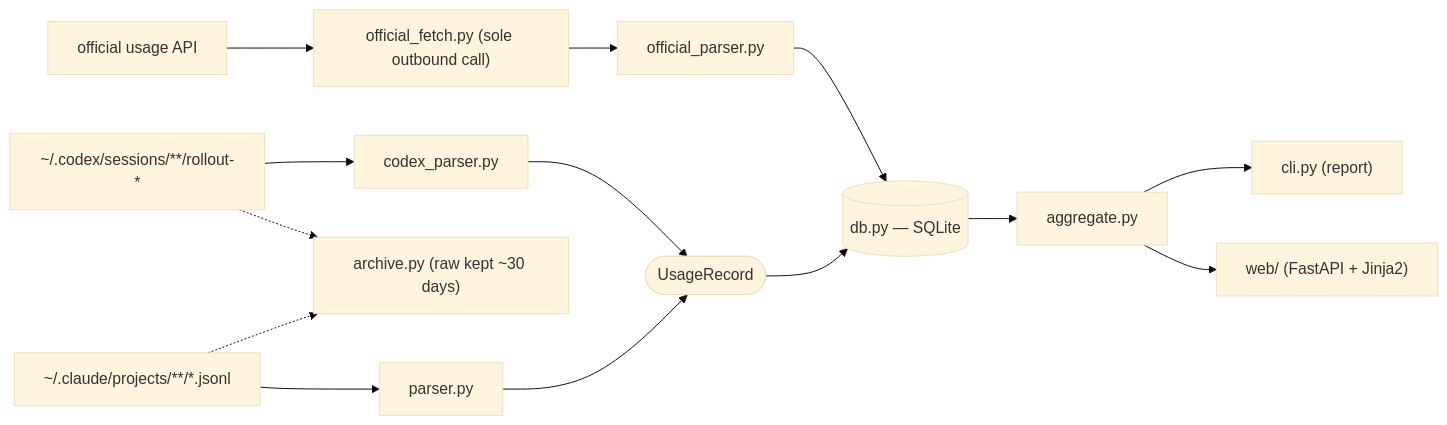
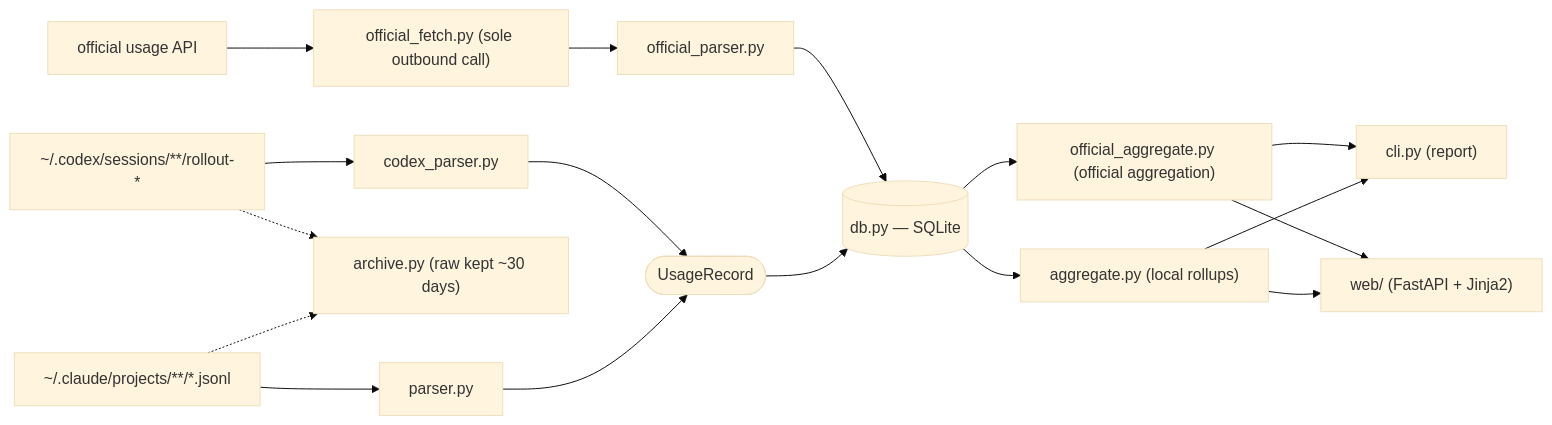
The diagram in README.en.md (genius-kim-samsung/tokenomy), drawn with Mermaid (base theme) before and after one commit. The commit also changed 26 other files, not shown here.

First line of the commit message:
refactor(aggregate): 로컬/공식 2분할 — official_aggregate·clock leaf 분리

````diff
--- a/README.en.md
+++ b/README.en.md
@@ -237,16 +237,19 @@
 ```mermaid
 flowchart LR
     CL["~/.claude/projects/**/*.jsonl"] --> PA["parser.py"]
     CX["~/.codex/sessions/**/rollout-*"] --> CP["codex_parser.py"]
     CL -.-> AR["archive.py (raw kept ~30 days)"]
     CX -.-> AR
     PA --> UR(["UsageRecord"])
     CP --> UR
     UR --> DB[("db.py — SQLite")]
     API["official usage API"] --> OF["official_fetch.py (sole outbound call)"]
     OF --> OP["official_parser.py"]
     OP --> DB
-    DB --> AG["aggregate.py"]
+    DB --> AG["aggregate.py (local rollups)"]
+    DB --> OA["official_aggregate.py (official aggregation)"]
     AG --> CLI["cli.py (report)"]
     AG --> WEB["web/ (FastAPI + Jinja2)"]
+    OA --> CLI
+    OA --> WEB
 ```
````
